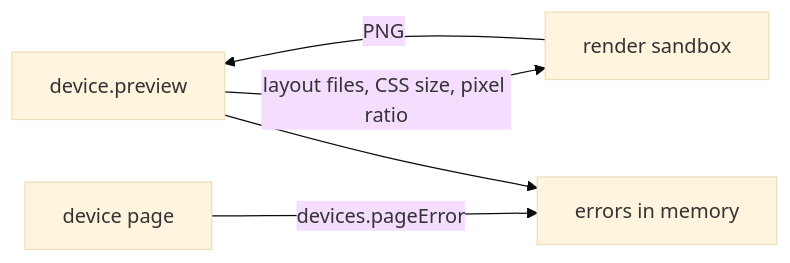
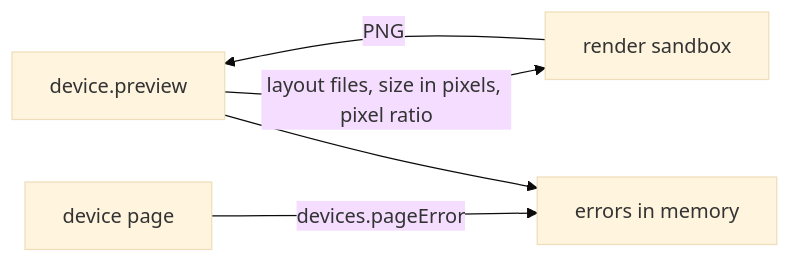
Before and after one commit to zgeoff/nixie: the diagram in docs/architecture/channels/devices.md, drawn with Mermaid (base theme). The commit also changed other lines of this file and 57 other files, not shown here.

First line of the commit message:
fix(devices): keep the preview true to the device and its render safe

````diff
--- a/docs/architecture/channels/devices.md
+++ b/docs/architecture/channels/devices.md
@@ -222,7 +225,7 @@
 ```mermaid
 flowchart LR
-  tool[device.preview] -->|"layout files, CSS size, pixel ratio"| render[render sandbox]
+  tool[device.preview] -->|"layout files, size in pixels, pixel ratio"| render[render sandbox]
   render -->|"PNG"| tool
   device[device page] -->|"devices.pageError"| errors[errors in memory]
   tool --> errors
 ```
````
